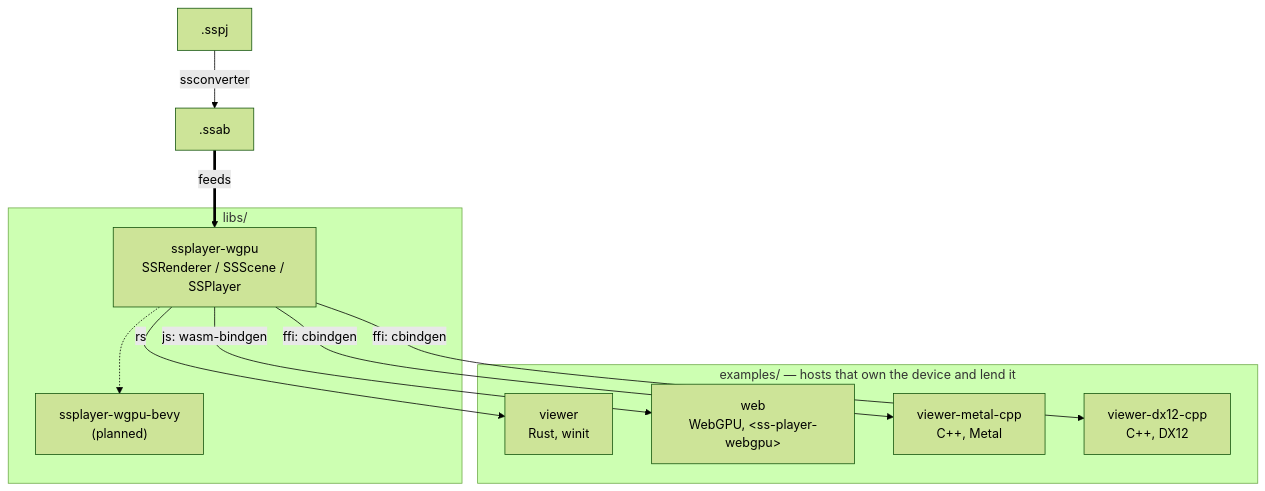
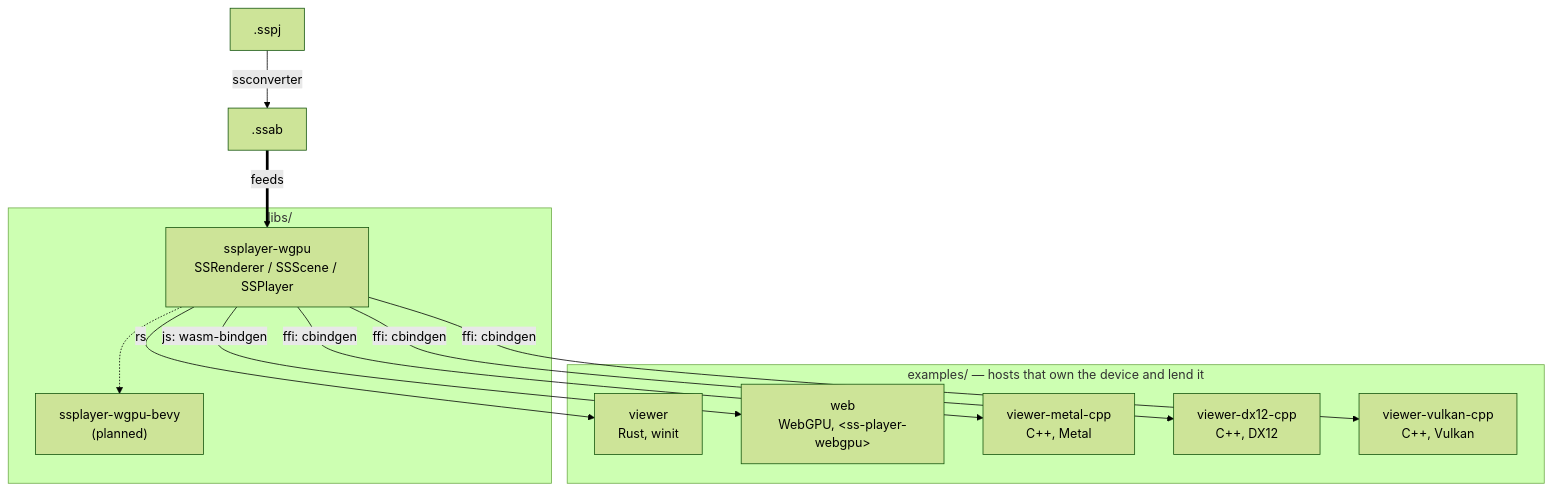
One commit to cri-middleware/SSPlayerForWgpu changed the diagram in README.md. Above: the diagram before and after it, drawn with Mermaid (forest theme). The commit also changed other lines of this file and 4 other files, not shown here.

First line of the commit message:
docs: list the Vulkan viewer, and say that it has never been run

````diff
--- a/README.md
+++ b/README.md
@@ -168,23 +169,25 @@
 ```mermaid
 flowchart TD
     sspj[".sspj"] -->|ssconverter| ssab[".ssab"]
     ssab ==>|feeds| crate
 
     subgraph lib ["libs/"]
         crate["ssplayer-wgpu<br/>SSRenderer / SSScene / SSPlayer"]
         bevy["ssplayer-wgpu-bevy<br/>(planned)"]
         crate -.-> bevy
     end
 
     subgraph hosts ["examples/ — hosts that own the device and lend it"]
         viewer["viewer<br/>Rust, winit"]
         web["web<br/>WebGPU, &lt;ss-player-webgpu&gt;"]
         metal["viewer-metal-cpp<br/>C++, Metal"]
         dx12["viewer-dx12-cpp<br/>C++, DX12"]
+        vulkan["viewer-vulkan-cpp<br/>C++, Vulkan"]
     end
 
     crate -->|rs| viewer
     crate -->|js: wasm-bindgen| web
     crate -->|ffi: cbindgen| metal
     crate -->|ffi: cbindgen| dx12
+    crate -->|ffi: cbindgen| vulkan
 ```
````
